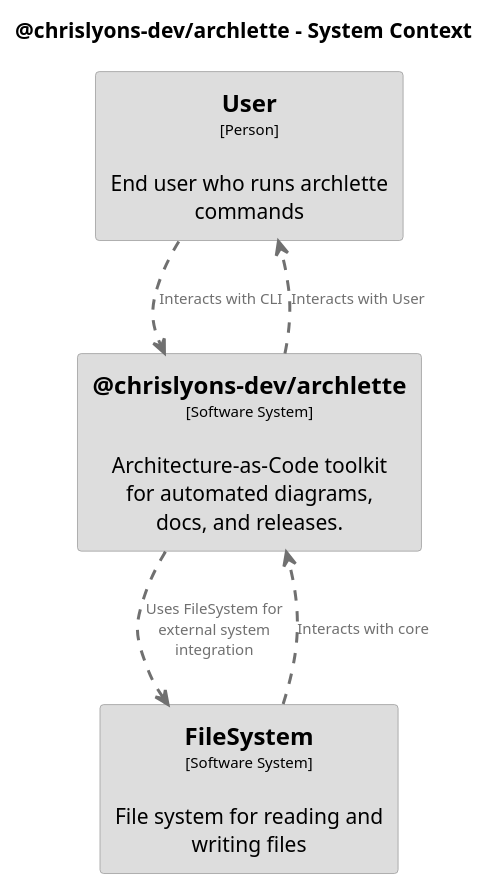
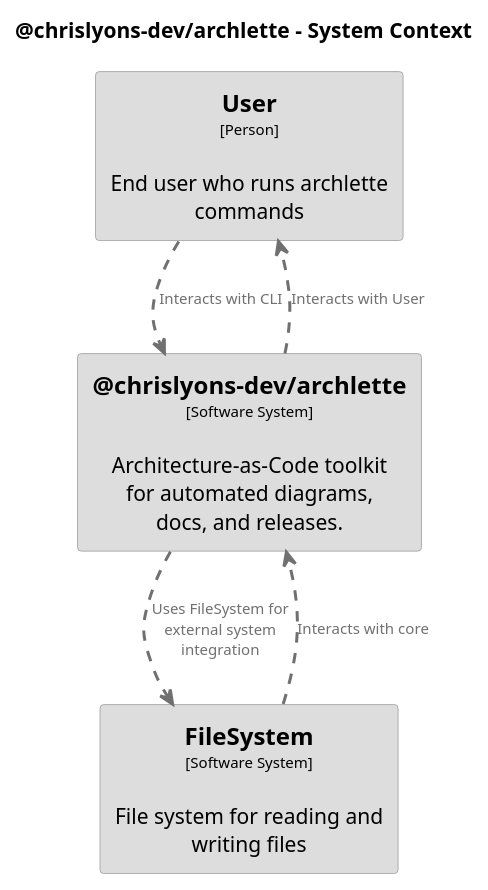
Before and after one commit to chrislyons-dev/archlette: the diagram in docs/architecture/diagrams/plantuml/structurizr-SystemContext.puml, drawn with PlantUML. The commit also changed other lines of this file and 37 other files, not shown here.

```diff
--- a/docs/architecture/diagrams/plantuml/structurizr-SystemContext.puml
+++ b/docs/architecture/diagrams/plantuml/structurizr-SystemContext.puml
@@ -1,45 +1,45 @@
 @startuml
 set separator none
 title @chrislyons-dev/archlette - System Context
 
 top to bottom direction
 skinparam ranksep 60
 skinparam nodesep 30
 
 skinparam {
   arrowFontSize 10
   defaultTextAlignment center
   wrapWidth 200
   maxMessageSize 100
 }
 
 hide stereotype
 
 skinparam rectangle<<chrislyonsdevarchlette>> {
   BackgroundColor #dddddd
   FontColor #000000
   BorderColor #9a9a9a
   shadowing false
 }
 skinparam rectangle<<FileSystem>> {
   BackgroundColor #dddddd
   FontColor #000000
   BorderColor #9a9a9a
   shadowing false
 }
 skinparam rectangle<<User>> {
   BackgroundColor #dddddd
   FontColor #000000
   BorderColor #9a9a9a
   shadowing false
 }
 
 rectangle "==User\n<size:10>[Person]</size>\n\nEnd user who runs archlette commands" <<User>> as User
 rectangle "==FileSystem\n<size:10>[Software System]</size>\n\nFile system for reading and writing files" <<FileSystem>> as FileSystem
 rectangle "==@chrislyons-dev/archlette\n<size:10>[Software System]</size>\n\nArchitecture-as-Code toolkit for automated diagrams, docs, and releases." <<chrislyonsdevarchlette>> as chrislyonsdevarchlette
 
+chrislyonsdevarchlette .[#707070,thickness=2].> FileSystem : "<color:#707070>Uses FileSystem for external system integration"
 User .[#707070,thickness=2].> chrislyonsdevarchlette : "<color:#707070>Interacts with CLI"
 FileSystem .[#707070,thickness=2].> chrislyonsdevarchlette : "<color:#707070>Interacts with core"
 chrislyonsdevarchlette .[#707070,thickness=2].> User : "<color:#707070>Interacts with User"
-chrislyonsdevarchlette .[#707070,thickness=2].> FileSystem : "<color:#707070>Uses FileSystem for external system integration"
 @enduml
```
